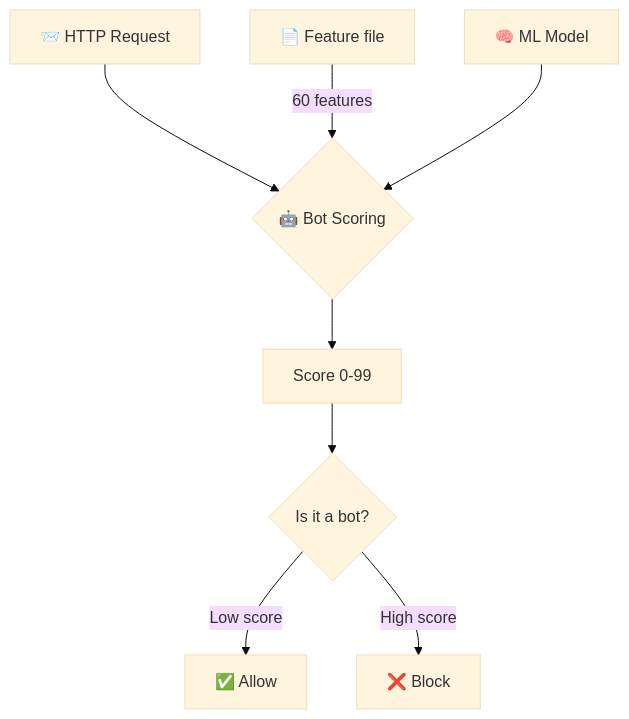
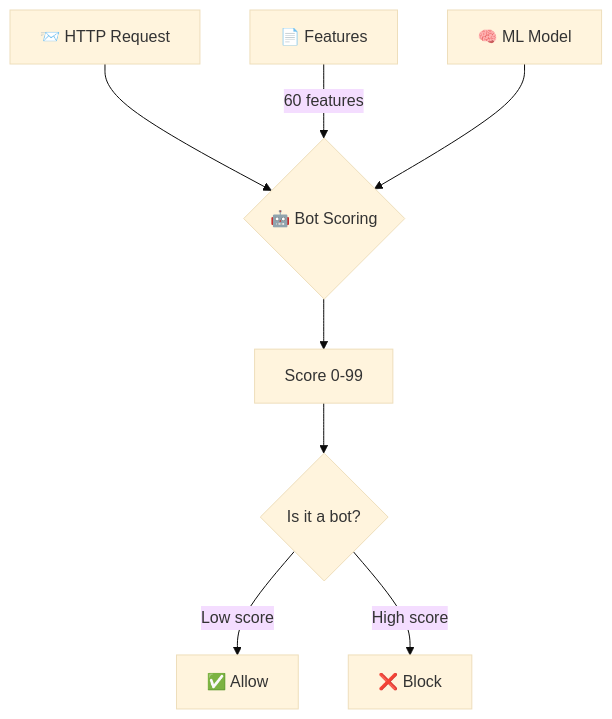
One commit to GraniLuk/Presentations changed the second of 13 diagrams in 1_CloudFlare/cloudflare_outage_2025_en.md. Above: the diagram before and after it, drawn with Mermaid (base theme). The commit also changed other lines of this file, not shown here.

````diff
--- a/1_CloudFlare/cloudflare_outage_2025_en.md
+++ b/1_CloudFlare/cloudflare_outage_2025_en.md
@@ -132,11 +132,11 @@
 ```mermaid
 flowchart TB
     A[📨 HTTP Request] --> B{🤖 Bot Scoring}
     B --> C[Score 0-99]
     C --> D{Is it a bot?}
     D -->|Low score| E[✅ Allow]
     D -->|High score| F[❌ Block]
     
-    G[📄 Feature file] -->|60 features| B
+    G[📄 Features] -->|60 features| B
     H[🧠 ML Model] --> B
 ```
````
